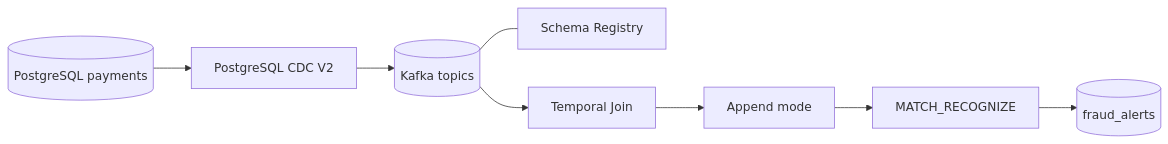
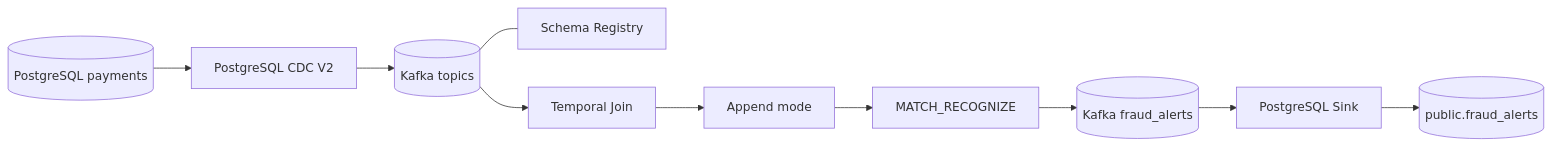
Before and after one commit to josearodrigues/dio-confluent-pipeline: the diagram in README.md, drawn with Mermaid. The commit also changed other lines of this file, not shown here.

Commit message:
Documenta PostgreSQL Sink no fluxo e na execução

````diff
--- a/README.md
+++ b/README.md
@@ -11,14 +11,16 @@
 ```mermaid
 flowchart LR
   PG[(PostgreSQL payments)]
   CDC[PostgreSQL CDC V2]
   K[(Kafka topics)]
   SR[Schema Registry]
   TJ[Temporal Join]
   AP[Append mode]
   MR[MATCH_RECOGNIZE]
-  OUT[(fraud_alerts)]
+  OUT[(Kafka fraud_alerts)]
+  SINK[PostgreSQL Sink]
+  DEST[(public.fraud_alerts)]
   PG --> CDC --> K
   K --- SR
-  K --> TJ --> AP --> MR --> OUT
+  K --> TJ --> AP --> MR --> OUT --> SINK --> DEST
 ```
````
